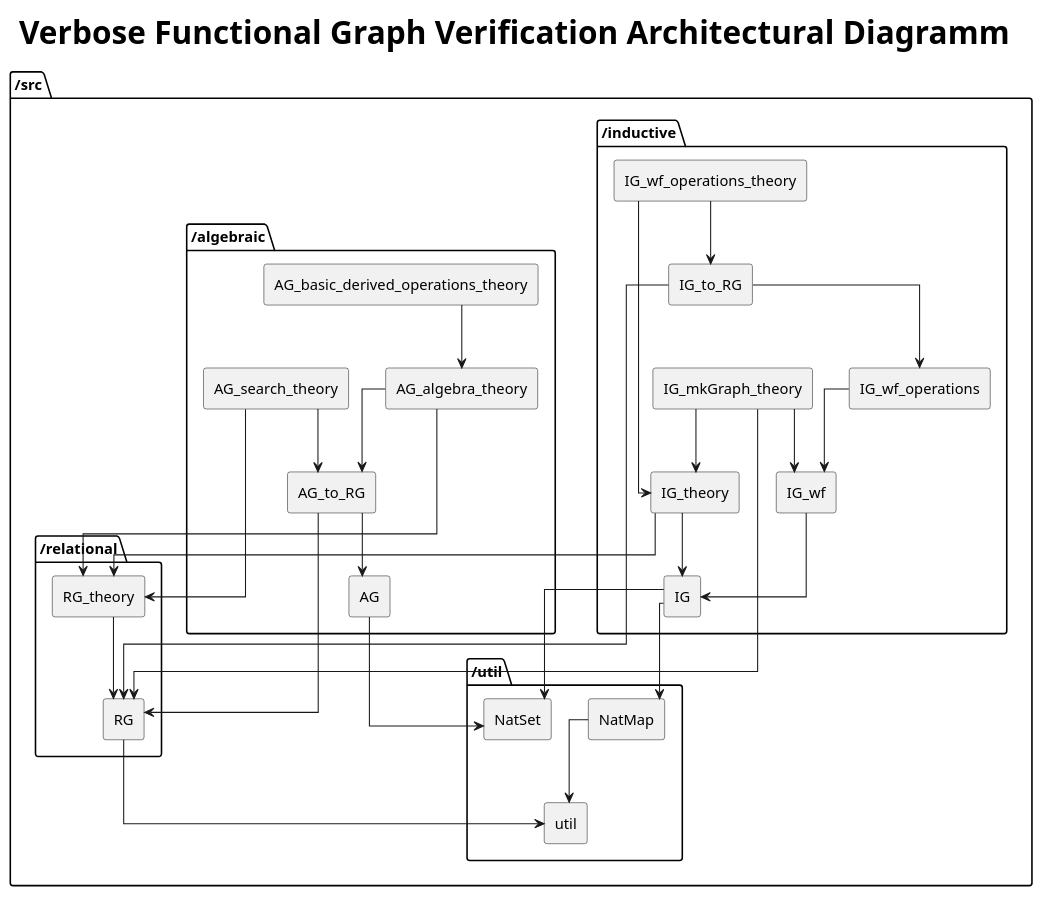
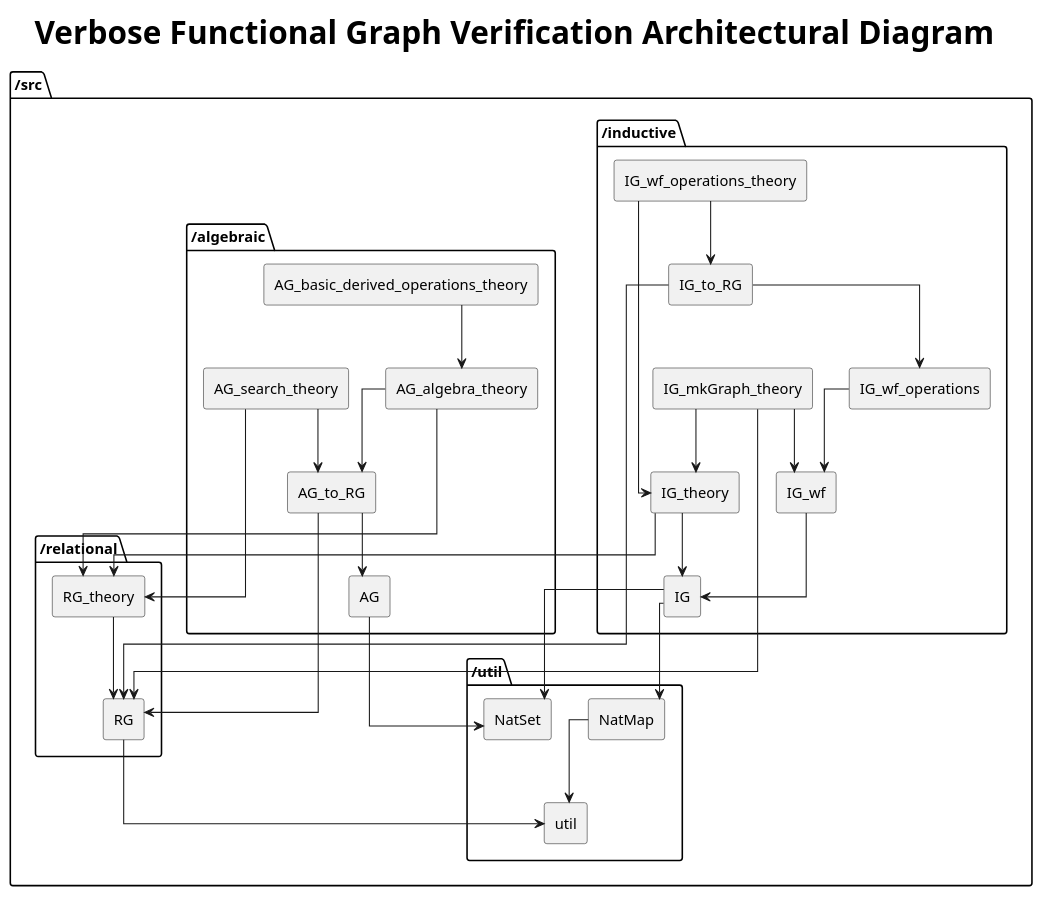
The diagram in documentation/architecture verbose .puml (LonkyFong/functional-graph-verification), drawn with PlantUML before and after one commit. The commit also changed 2 other files, not shown here.

Commit message:
Fixed typo in architecture diagram(m)s

```diff
--- a/documentation/architecture verbose .puml
+++ b/documentation/architecture verbose .puml
@@ -1,150 +1,150 @@
 @startuml UI
 
-title <size:30><b>Verbose Functional Graph Verification Architectural Diagramm</b></size>
+title <size:30><b>Verbose Functional Graph Verification Architectural Diagram</b></size>
 
 ' !theme materia
 
 ' skinparam {
 '   backgroundColor #f8f8f8
 '   defaultFontName "Segoe UI"
 '   defaultFontSize 14
 '   shadowing true
 '   roundCorner 20
 '   ArrowColor #555
 '   ArrowThickness 2
 ' }
 
 
 
 
 skinparam linetype ortho
 
 package "/src" {
 
     package "/util" {
         rectangle util
 
         rectangle NatSet
 
         rectangle NatMap
     }
 
 
     package "/relational" {
         rectangle RG
 
         rectangle RG_theory
     }
 
 
     package "/inductive" {
         rectangle IG
 
         rectangle IG_wf
 
         rectangle IG_wf_operations
 
         rectangle IG_to_RG
 
         rectangle IG_theory
 
         rectangle IG_mkGraph_theory
 
         rectangle IG_wf_operations_theory
 
     }
 
     package "/algebraic" {
 
         rectangle AG
 
         rectangle AG_to_RG
 
         rectangle AG_algebra_theory
 
         rectangle AG_search_theory
 
         rectangle AG_basic_derived_operations_theory
     }
 
 }
 
 
 NatMap --> util
 RG --> util
 RG_theory --> RG
 
 IG --> NatMap
 IG --> NatSet
 ' IG --> util
 
 ' IG_wf --> util
 ' IG_wf --> NatMap
 IG_wf --> IG
 
 ' IG_wf_operations --> NatMap
 ' IG_wf_operations --> IG
 IG_wf_operations --> IG_wf
 
 ' IG_to_RG --> util
 IG_to_RG --> RG
 ' IG_to_RG --> IG
 IG_to_RG --> IG_wf_operations
 
 
 ' IG_theory --> util
 ' IG_theory --> NatSet
 ' IG_theory --> NatMap
 ' IG_theory --> RG
 IG_theory --> RG_theory
 IG_theory --> IG
 
 
 ' IG_mkGraph_theory --> util
 ' IG_mkGraph_theory --> NatMap
 IG_mkGraph_theory --> RG
 ' IG_mkGraph_theory --> RG_theory
 ' IG_mkGraph_theory --> IG
 IG_mkGraph_theory --> IG_wf
 IG_mkGraph_theory --> IG_theory
 
 
 ' IG_wf_operations_theory --> NatSet
 ' IG_wf_operations_theory --> NatMap
 ' IG_wf_operations_theory --> RG
 ' IG_wf_operations_theory --> RG_theory
 ' IG_wf_operations_theory --> IG
 ' IG_wf_operations_theory --> IG_wf
 IG_wf_operations_theory --> IG_theory
 ' IG_wf_operations_theory --> IG_wf_operations
 IG_wf_operations_theory --> IG_to_RG
 
 AG --> NatSet
 
 AG_to_RG --> RG
 AG_to_RG --> AG
 
 ' AG_algebra_theory --> NatSet
 ' AG_algebra_theory --> RG
 AG_algebra_theory --> RG_theory
 ' AG_algebra_theory --> AG
 AG_algebra_theory --> AG_to_RG
 
 
 ' AG_search_theory --> NatSet
 ' AG_search_theory --> util
 ' AG_search_theory --> RG
 AG_search_theory --> RG_theory
 ' AG_search_theory --> AG
 AG_search_theory --> AG_to_RG
 
 
 
 ' AG_basic_derived_operations_theory --> util
 ' AG_basic_derived_operations_theory --> RG
 ' AG_basic_derived_operations_theory --> RG_theory
 ' AG_basic_derived_operations_theory --> AG
 ' AG_basic_derived_operations_theory --> AG_to_RG
 AG_basic_derived_operations_theory --> AG_algebra_theory
 
 @enduml
```
